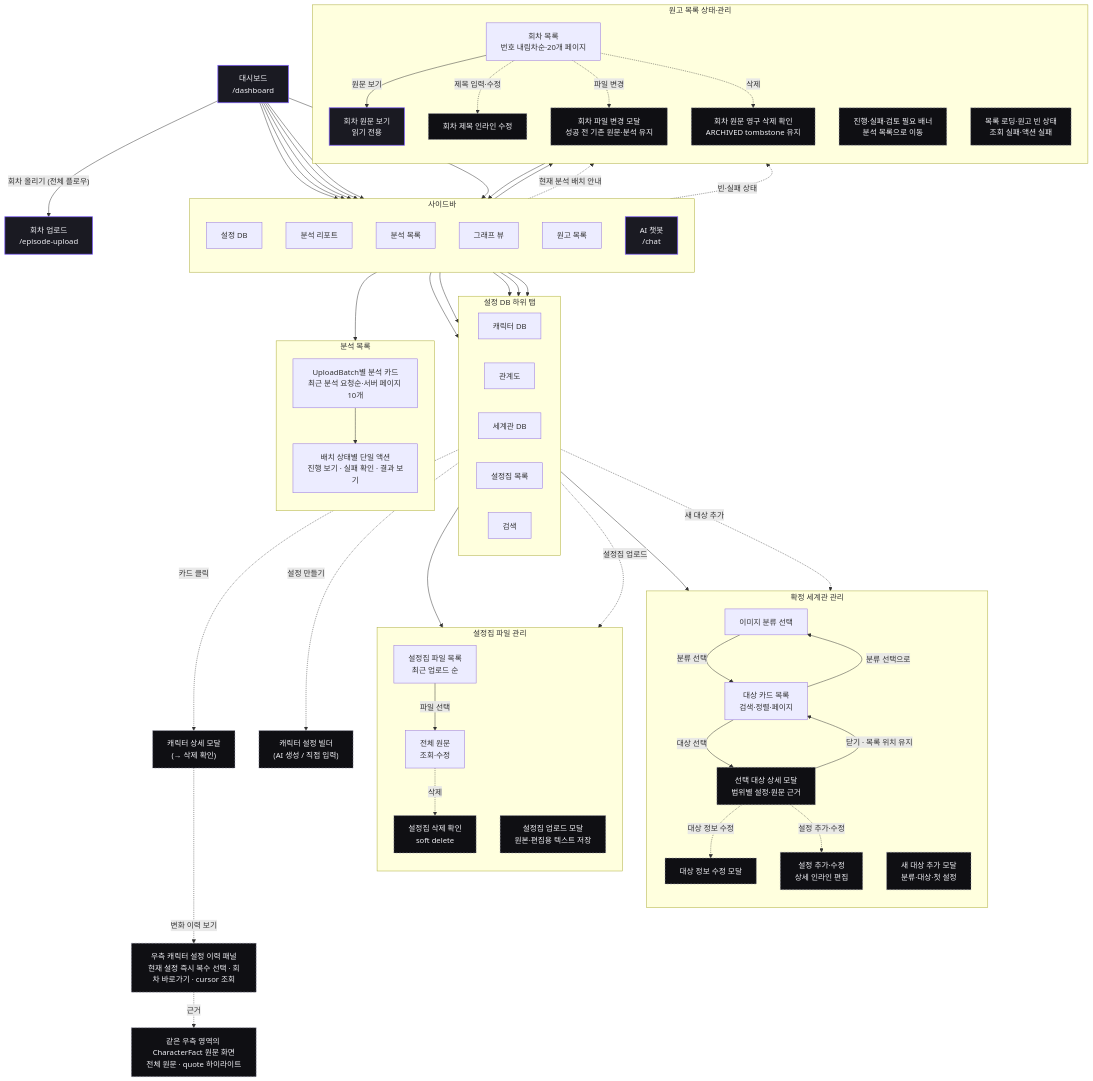
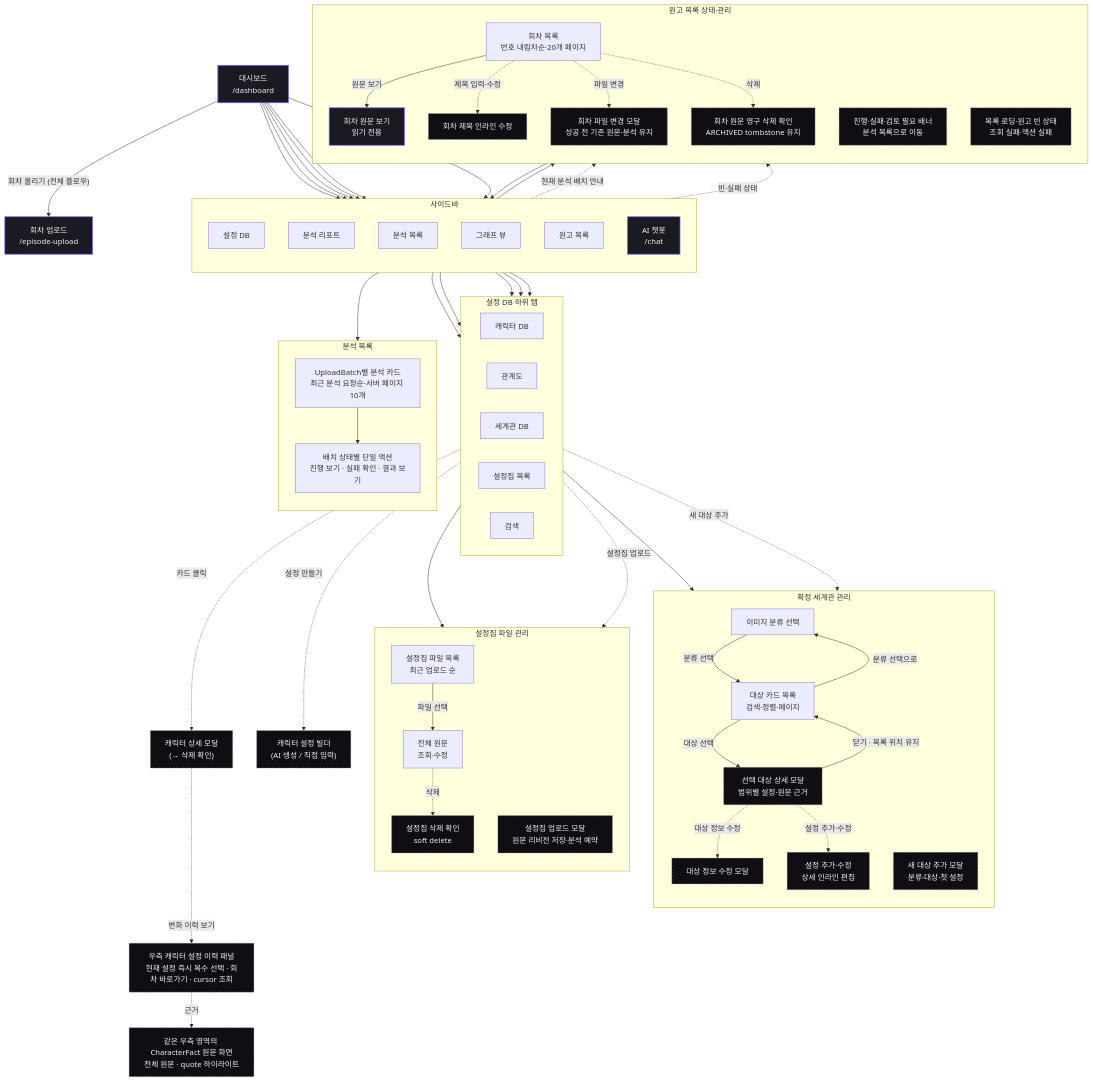
The seventh of 12 diagrams in docs/screen-flow.md (catchhole-soma/catchhole-front), drawn with Mermaid before and after one commit. The commit also changed other lines of this file and 6 other files, not shown here.

```diff
--- a/docs/screen-flow.md
+++ b/docs/screen-flow.md
@@ -424,7 +424,7 @@
     direction TB
     setting_source["설정집 파일 목록<br/>최근 업로드 순"]
     setting_viewer["전체 원문<br/>조회·수정"]
-    setting_upload["설정집 업로드 모달<br/>원본·편집용 텍스트 저장"]:::modal
+    setting_upload["설정집 업로드 모달<br/>원문 리비전 저장·분석 예약"]:::modal
     setting_delete["설정집 삭제 확인<br/>soft delete"]:::modal
   end
 
```
